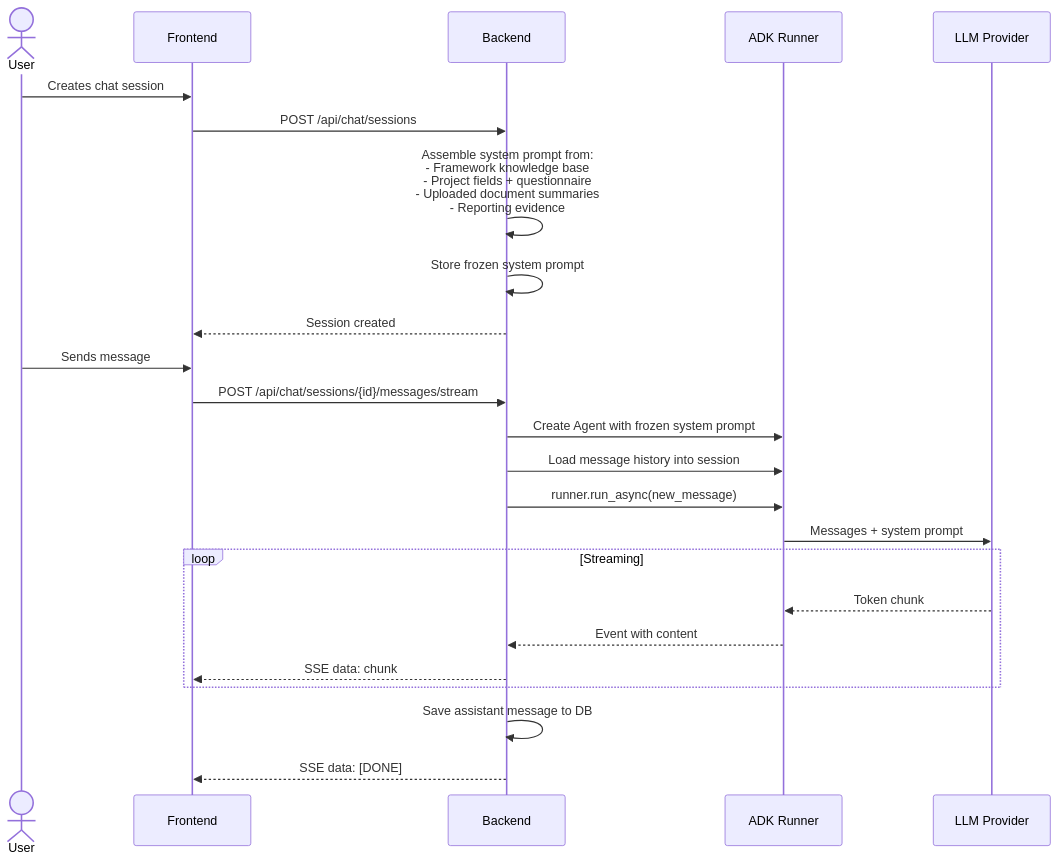
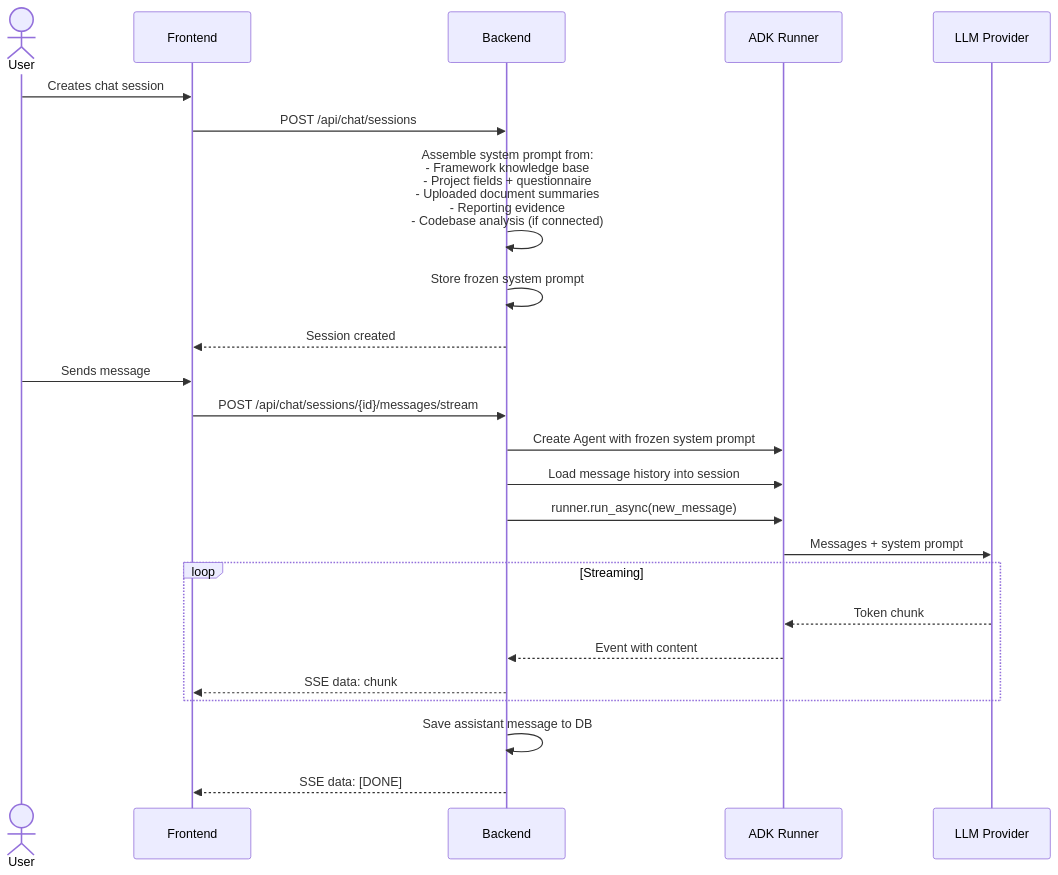
One commit to airbus/norma changed the sixth of 7 diagrams in docs/architecture.md. Above: the diagram before and after it, drawn with Mermaid. The commit also changed other lines of this file and 11 other files, not shown here.

````diff
--- a/docs/architecture.md
+++ b/docs/architecture.md
@@ -290,28 +345,28 @@
 ```mermaid
 sequenceDiagram
     actor User
     participant FE as Frontend
     participant BE as Backend
     participant ADK as ADK Runner
     participant LLM as LLM Provider
 
     User->>FE: Creates chat session
     FE->>BE: POST /api/chat/sessions
-    BE->>BE: Assemble system prompt from:<br/>- Framework knowledge base<br/>- Project fields + questionnaire<br/>- Uploaded document summaries<br/>- Reporting evidence
+    BE->>BE: Assemble system prompt from:<br/>- Framework knowledge base<br/>- Project fields + questionnaire<br/>- Uploaded document summaries<br/>- Reporting evidence<br/>- Codebase analysis (if connected)
     BE->>BE: Store frozen system prompt
     BE-->>FE: Session created
 
     User->>FE: Sends message
     FE->>BE: POST /api/chat/sessions/{id}/messages/stream
     BE->>ADK: Create Agent with frozen system prompt
     BE->>ADK: Load message history into session
     BE->>ADK: runner.run_async(new_message)
     ADK->>LLM: Messages + system prompt
     loop Streaming
         LLM-->>ADK: Token chunk
         ADK-->>BE: Event with content
         BE-->>FE: SSE data: chunk
     end
     BE->>BE: Save assistant message to DB
     BE-->>FE: SSE data: [DONE]
 ```
````
